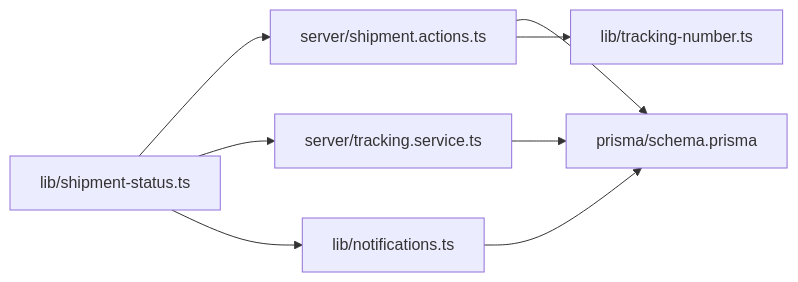
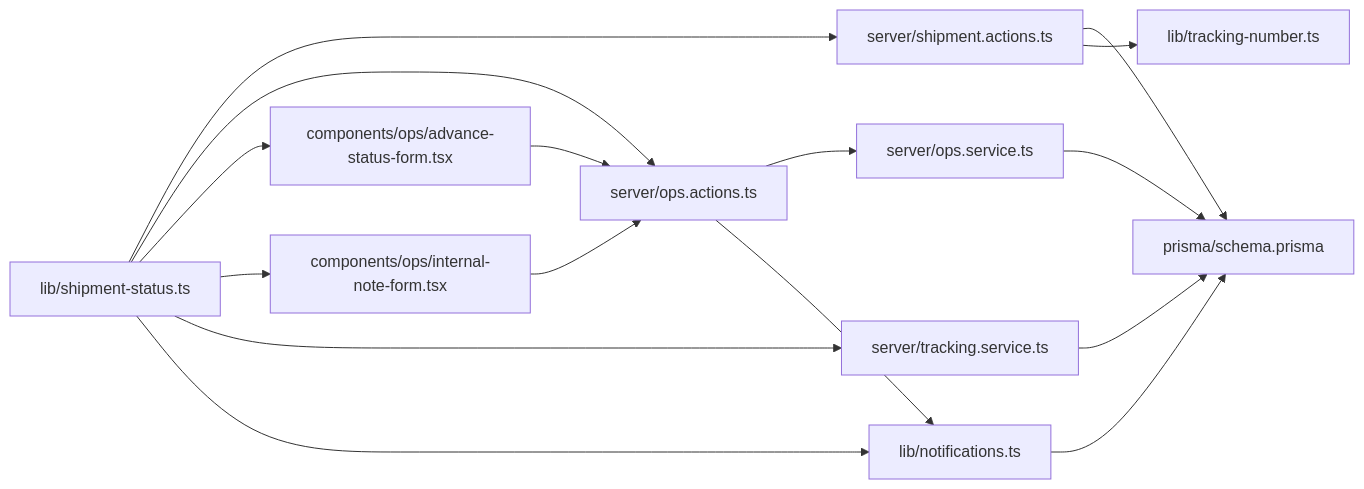
One commit to gyamposudodzi/Timberland changed the ninth of 9 diagrams in .qoder/repowiki/en/content/Shipment Management/Status Management.md. Above: the diagram before and after it, drawn with Mermaid. The commit also changed other lines of this file and 65 other files, not shown here.

````diff
--- a/.qoder/repowiki/en/content/Shipment Management/Status Management.md
+++ b/.qoder/repowiki/en/content/Shipment Management/Status Management.md
@@ -363,10 +538,18 @@
 ```mermaid
 graph LR
 SM["lib/shipment-status.ts"] --> ACT["server/shipment.actions.ts"]
+SM --> OPSACT["server/ops.actions.ts"]
+SM --> ASF["components/ops/advance-status-form.tsx"]
+SM --> INF["components/ops/internal-note-form.tsx"]
 SM --> TRK["server/tracking.service.ts"]
 SM --> NOTI["lib/notifications.ts"]
-ACT --> PRISMA["prisma/schema.prisma"]
+OPSACT --> OPSSVC["server/ops.service.ts"]
+OPSSVC --> PRISMA["prisma/schema.prisma"]
+ACT --> PRISMA
 TRK --> PRISMA
 NOTI --> PRISMA
 ACT --> TNUM["lib/tracking-number.ts"]
+ASF --> OPSACT
+INF --> OPSACT
+OPSACT --> NOTI
 ```
````
